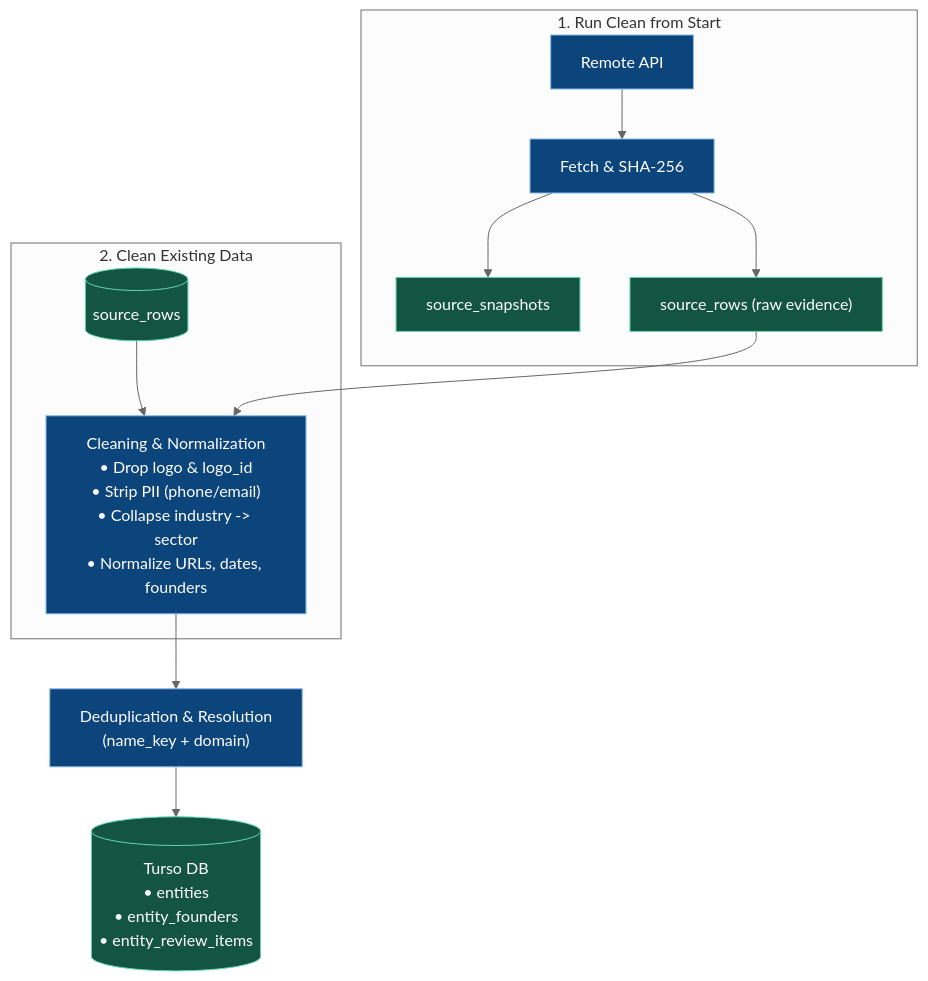
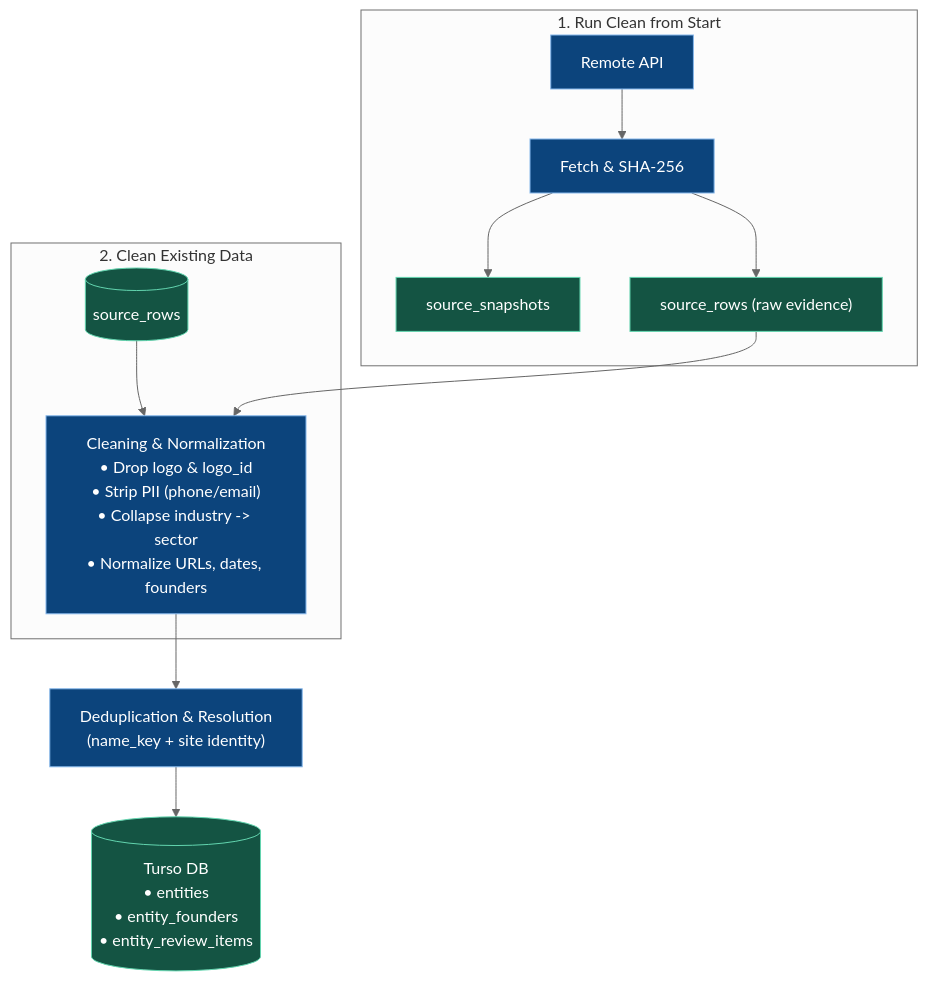
The diagram in docs/dataops/PIPELINE.md (OussemaJaouadi/Athar), drawn with Mermaid (neutral theme) before and after one commit. The commit also changed other lines of this file and 14 other files, not shown here.

````diff
--- a/docs/dataops/PIPELINE.md
+++ b/docs/dataops/PIPELINE.md
@@ -9,23 +9,23 @@
 ```mermaid
 flowchart TD
     subgraph PathA["1. Run Clean from Start"]
         API["Remote API"] --> FETCH["Fetch & SHA-256"]
         FETCH --> SNAP["source_snapshots"]
         FETCH --> ROWS["source_rows (raw evidence)"]
     end
 
     subgraph PathB["2. Clean Existing Data"]
         ROWS_IN[("source_rows")] --> CLEAN
     end
 
     ROWS --> CLEAN["Cleaning & Normalization<br/>• Drop logo & logo_id<br/>• Strip PII (phone/email)<br/>• Collapse industry -> sector<br/>• Normalize URLs, dates, founders"]
 
-    CLEAN --> DEDUP["Deduplication & Resolution<br/>(name_key + domain)"]
+    CLEAN --> DEDUP["Deduplication & Resolution<br/>(name_key + site identity)"]
 
     DEDUP --> DB[("Turso DB<br/>• entities<br/>• entity_founders<br/>• entity_review_items")]
 
     classDef stage fill:#0C447C,stroke:#85B7EB,color:#FFFFFF
     classDef store fill:#145443,stroke:#63D5AF,color:#FFFFFF
     class API,FETCH,CLEAN,DEDUP stage
     class SNAP,ROWS,ROWS_IN,DB store
 ```
````
